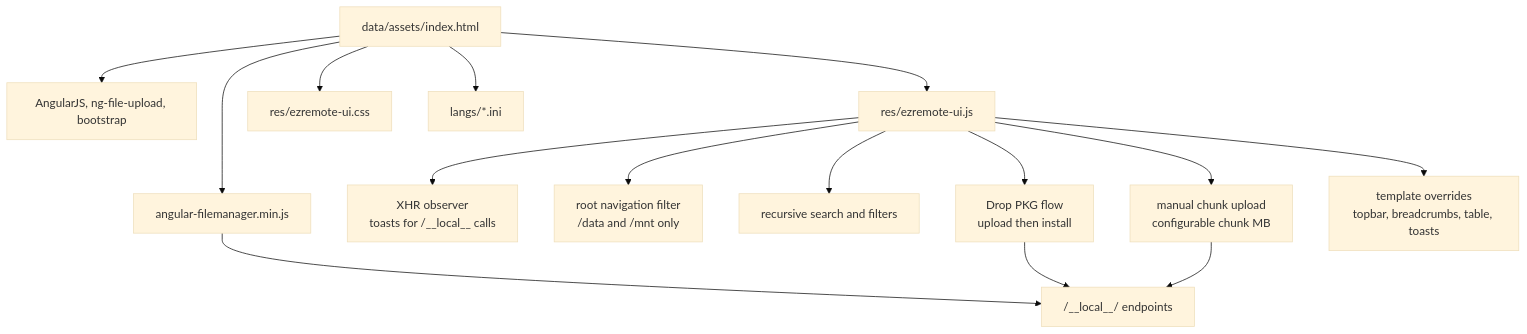
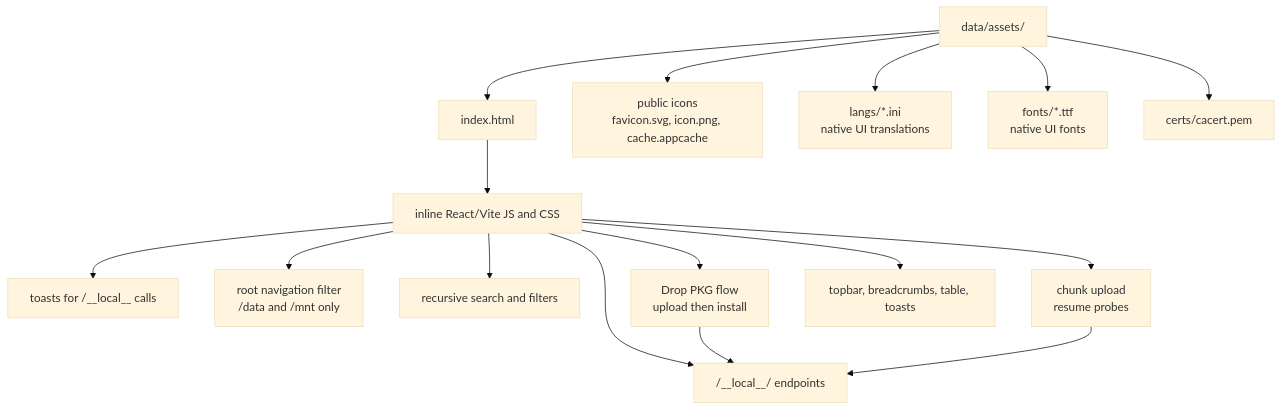
One commit to t-tx/ps5-ezremote-client changed diagram 27 of 32 in DIAGRAMS.md. Above: the diagram before and after it, drawn with Mermaid (base theme). The commit also changed other lines of this file and 138 other files, not shown here.

````diff
--- a/DIAGRAMS.md
+++ b/DIAGRAMS.md
@@ -640,19 +640,20 @@
 ```mermaid
 flowchart TB
-    Index["data/assets/index.html"] --> Angular["angular-filemanager.min.js"]
-    Index --> Vendor["AngularJS, ng-file-upload, bootstrap"]
-    Index --> EzUi["res/ezremote-ui.js"]
-    Index --> Css["res/ezremote-ui.css"]
-    Index --> Langs["langs/*.ini"]
+    Assets["data/assets/"] --> Index["index.html"]
+    Assets --> Public["public icons\nfavicon.svg, icon.png, cache.appcache"]
+    Assets --> Langs["langs/*.ini\nnative UI translations"]
+    Assets --> Fonts["fonts/*.ttf\nnative UI fonts"]
+    Assets --> Certs["certs/cacert.pem"]
 
-    EzUi --> XhrPatch["XHR observer\ntoasts for /__local__ calls"]
-    EzUi --> NavFilter["root navigation filter\n/data and /mnt only"]
-    EzUi --> Search["recursive search and filters"]
-    EzUi --> UploadOverride["manual chunk upload\nconfigurable chunk MB"]
-    EzUi --> DropPkg["Drop PKG flow\nupload then install"]
-    EzUi --> Templates["template overrides\ntopbar, breadcrumbs, table, toasts"]
+    Index --> Bundle["inline React/Vite JS and CSS"]
+    Bundle --> Toasts["toasts for /__local__ calls"]
+    Bundle --> NavFilter["root navigation filter\n/data and /mnt only"]
+    Bundle --> Search["recursive search and filters"]
+    Bundle --> UploadOverride["chunk upload\nresume probes"]
+    Bundle --> DropPkg["Drop PKG flow\nupload then install"]
+    Bundle --> Layout["topbar, breadcrumbs, table, toasts"]
 
-    Angular --> LocalApi["/__local__/ endpoints"]
+    Bundle --> LocalApi["/__local__/ endpoints"]
     DropPkg --> LocalApi
     UploadOverride --> LocalApi
 ```
````
